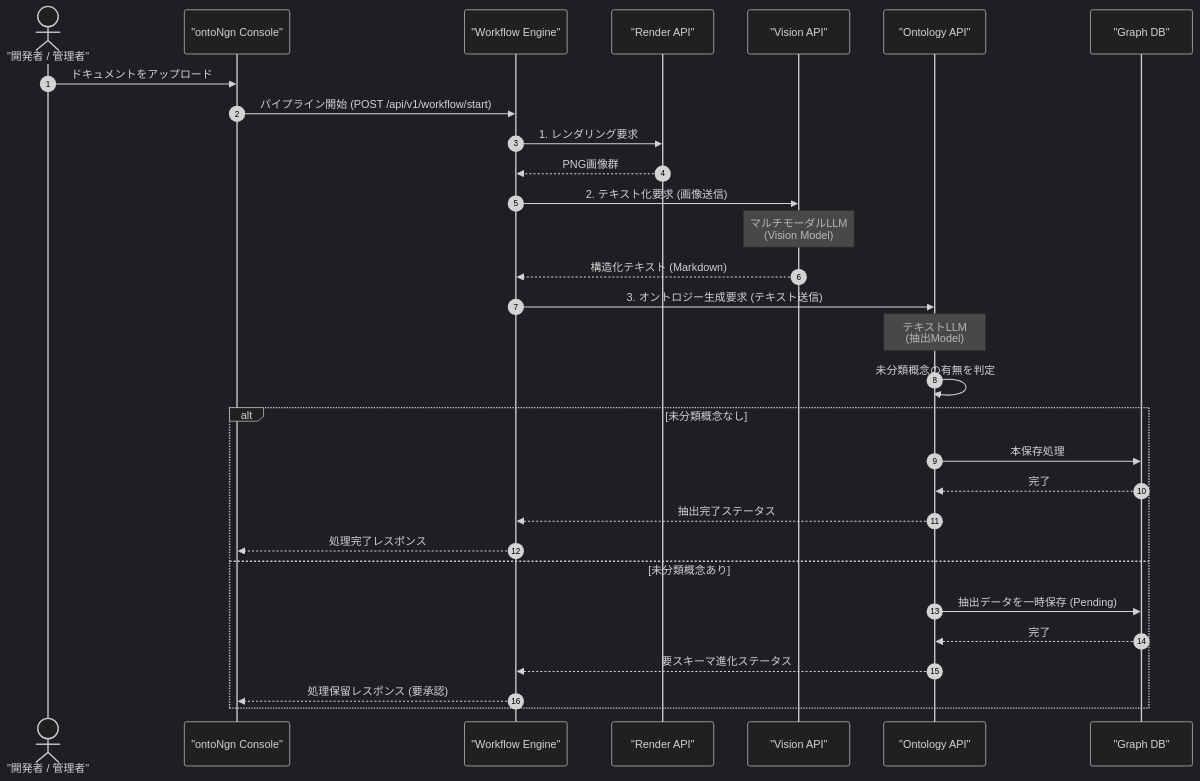
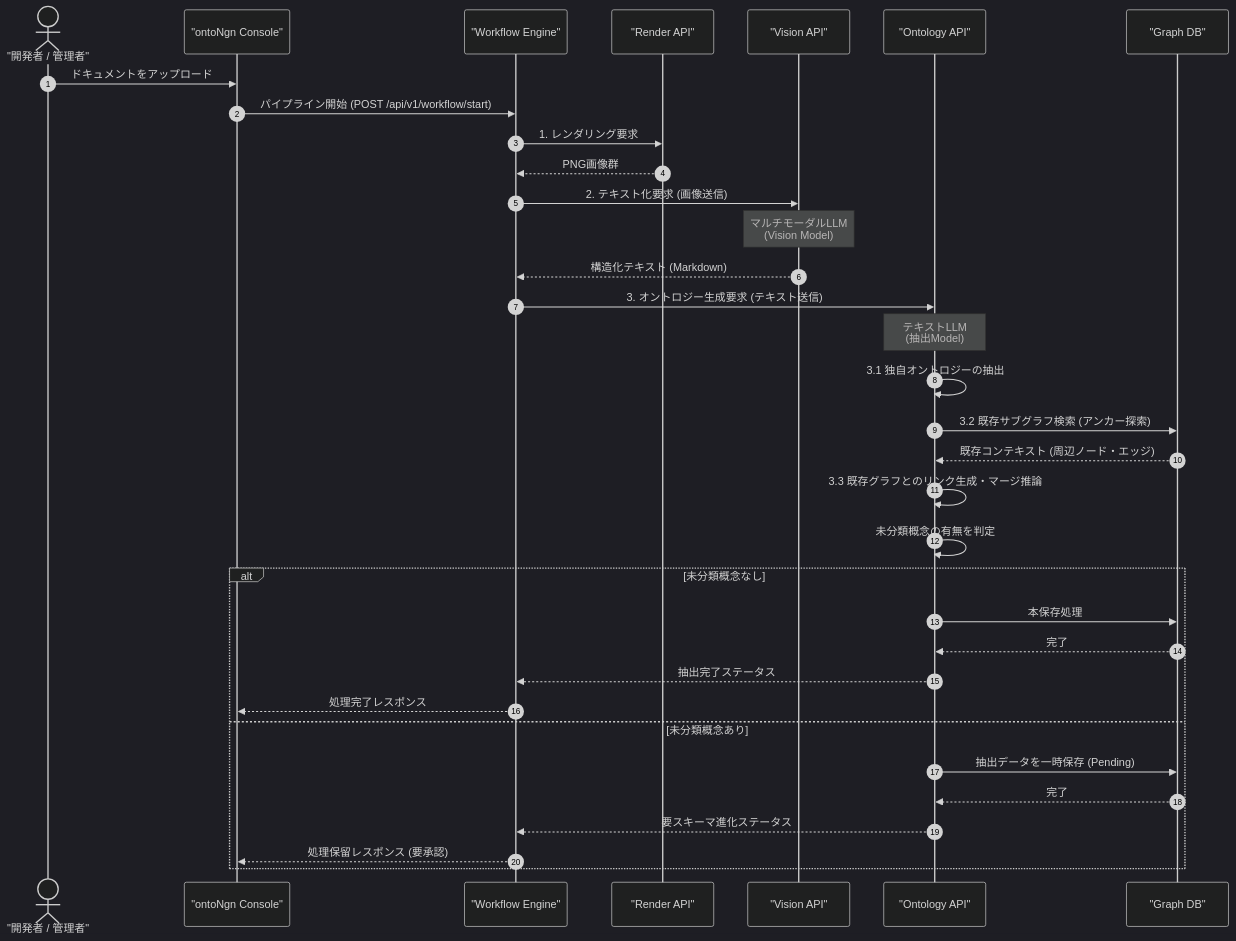
Before and after one commit to hiroooo000/ontoNgn: the third of 3 diagrams in docs/02_system_design.md, drawn with Mermaid (dark theme). The commit also changed other lines of this file and 2 other files, not shown here.

Commit message:
docs: add Ontology Linking and Merging architecture design

````diff
--- a/docs/02_system_design.md
+++ b/docs/02_system_design.md
@@ -250,36 +252,40 @@
 ```mermaid
 sequenceDiagram
     autonumber
     actor Admin as "開発者 / 管理者"
     participant UI as "ontoNgn Console"
     participant WF as "Workflow Engine"
     participant Render as "Render API"
     participant Vision as "Vision API"
     participant Ont as "Ontology API"
     participant DB as "Graph DB"
 
     Admin ->> UI: ドキュメントをアップロード
     UI ->> WF: パイプライン開始 (POST /api/v1/workflow/start)
     WF ->> Render: 1. レンダリング要求
     Render -->> WF: PNG画像群
     
     WF ->> Vision: 2. テキスト化要求 (画像送信)
     Note over Vision: マルチモーダルLLM<br/>(Vision Model)
     Vision -->> WF: 構造化テキスト (Markdown)
     
     WF ->> Ont: 3. オントロジー生成要求 (テキスト送信)
     Note over Ont: テキストLLM<br/>(抽出Model)
+    Ont ->> Ont: 3.1 独自オントロジーの抽出
+    Ont ->> DB: 3.2 既存サブグラフ検索 (アンカー探索)
+    DB -->> Ont: 既存コンテキスト (周辺ノード・エッジ)
+    Ont ->> Ont: 3.3 既存グラフとのリンク生成・マージ推論
     Ont ->> Ont: 未分類概念の有無を判定
     
     alt 未分類概念なし
         Ont ->> DB: 本保存処理
         DB -->> Ont: 完了
         Ont -->> WF: 抽出完了ステータス
         WF -->> UI: 処理完了レスポンス
     else 未分類概念あり
         Ont ->> DB: 抽出データを一時保存 (Pending)
         DB -->> Ont: 完了
         Ont -->> WF: 要スキーマ進化ステータス
         WF -->> UI: 処理保留レスポンス (要承認)
     end
 ```
````
